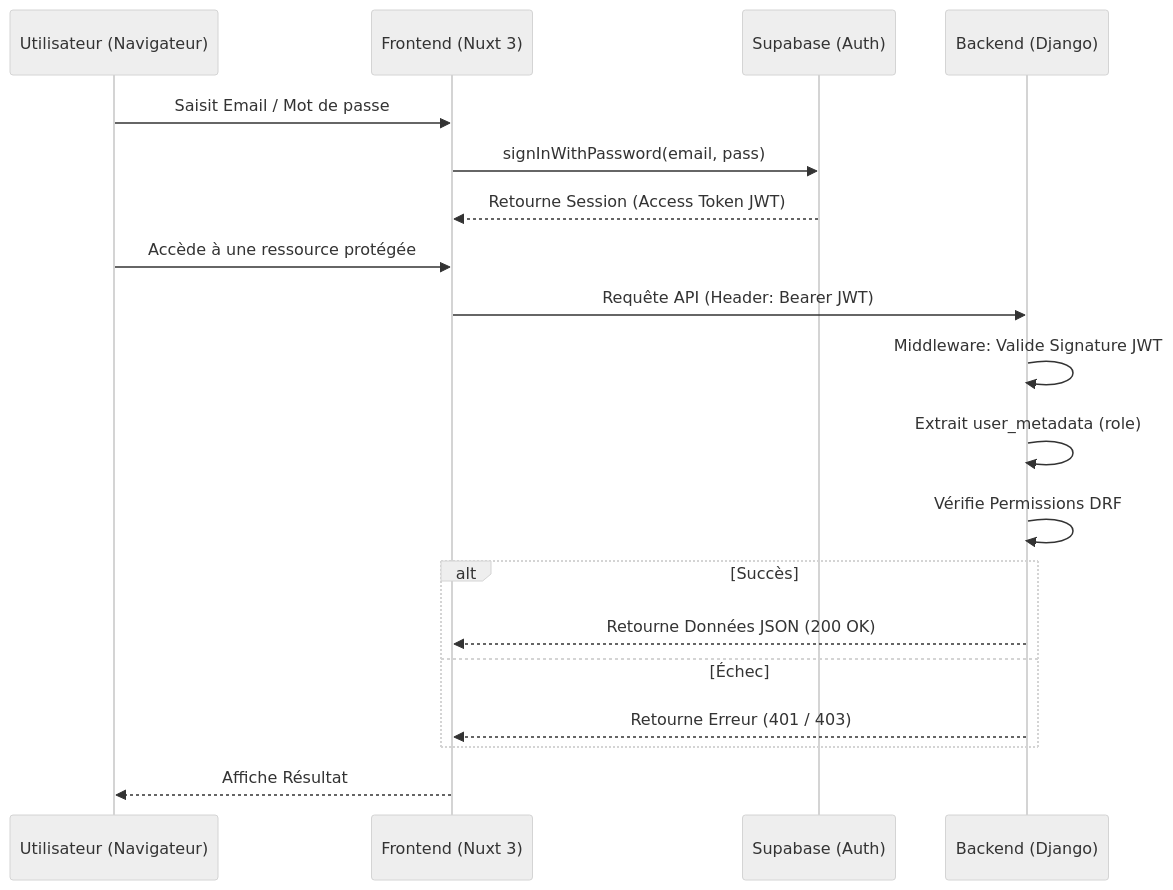
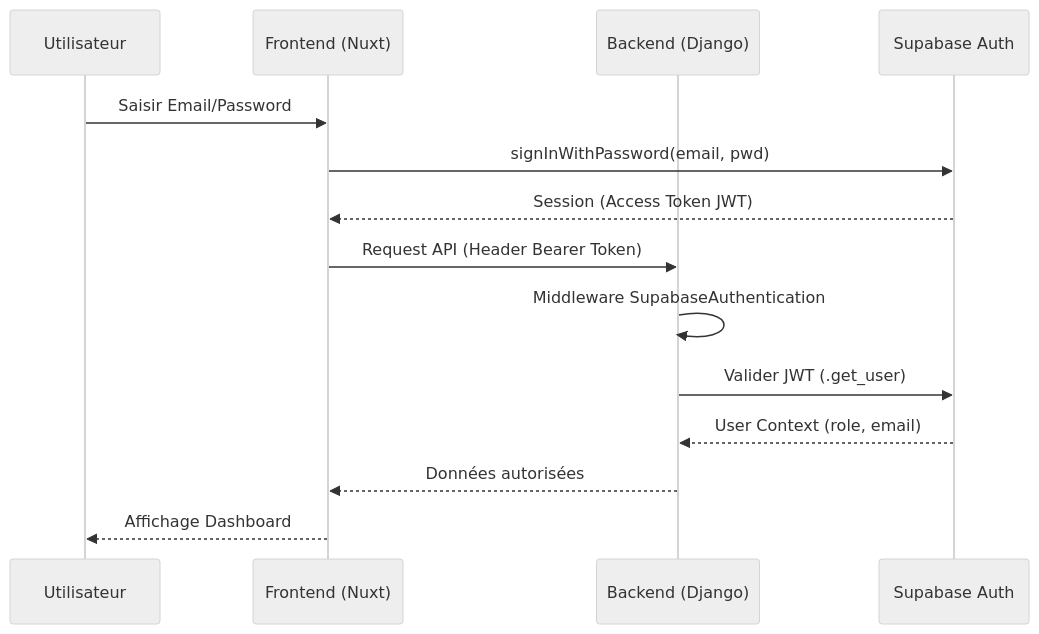
Before and after one commit to taigerdev45/bull: the diagram in docs/uml/seq_auth.md, drawn with Mermaid (neutral theme). The commit also changed other lines of this file and 29 other files, not shown here.

Commit message:
docs: fix mermaid diagrams for github native rendering and remove redundant puml files

````diff
--- a/docs/uml/seq_auth.md
+++ b/docs/uml/seq_auth.md
@@ -5,26 +5,19 @@
 ```mermaid
 sequenceDiagram
-    participant U as Utilisateur (Navigateur)
-    participant F as Frontend (Nuxt 3)
-    participant S as Supabase (Auth)
+    participant U as Utilisateur
+    participant F as Frontend (Nuxt)
     participant B as Backend (Django)
+    participant S as Supabase Auth
 
-    U->>F: Saisit Email / Mot de passe
-    F->>S: signInWithPassword(email, pass)
-    S-->>F: Retourne Session (Access Token JWT)
+    U->>F: Saisir Email/Password
+    F->>S: signInWithPassword(email, pwd)
+    S-->>F: Session (Access Token JWT)
     
-    U->>F: Accède à une ressource protégée
-    F->>B: Requête API (Header: Bearer JWT)
+    F->>B: Request API (Header Bearer Token)
+    B->>B: Middleware SupabaseAuthentication
+    B->>S: Valider JWT (.get_user)
+    S-->>B: User Context (role, email)
     
-    B->>B: Middleware: Valide Signature JWT
-    B->>B: Extrait user_metadata (role)
-    B->>B: Vérifie Permissions DRF
-    
-    alt Succès
-        B-->>F: Retourne Données JSON (200 OK)
-    else Échec
-        B-->>F: Retourne Erreur (401 / 403)
-    end
-    
-    F-->>U: Affiche Résultat
+    B-->>F: Données autorisées
+    F-->>U: Affichage Dashboard
 ```
````
